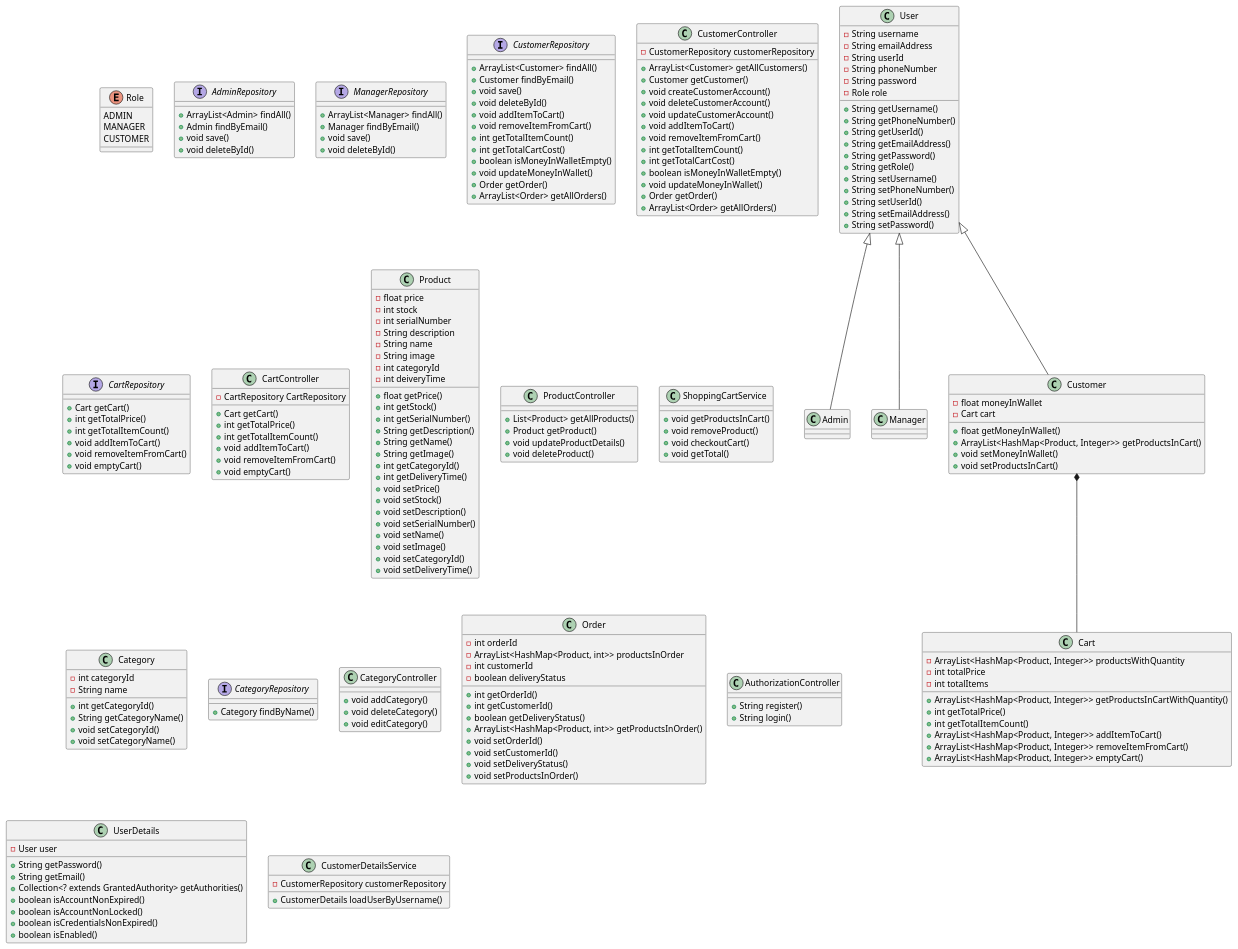
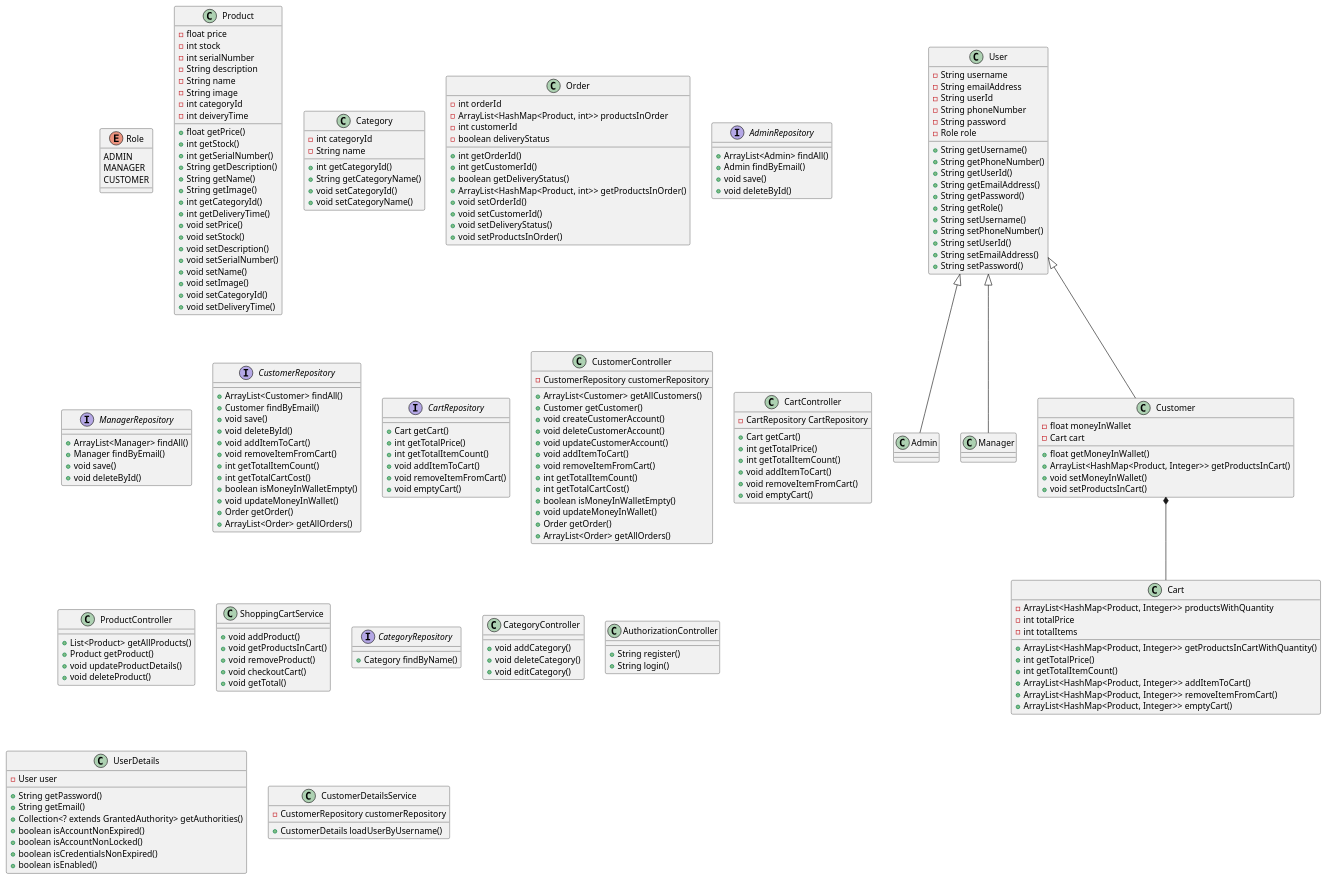
Before and after one commit to pnicto/CSF213-Mini-Project: the diagram in docs/diagrams/src/Backend.wsd, drawn with PlantUML.

Commit message:
Organize merged code

```diff
--- a/docs/diagrams/src/Backend.wsd
+++ b/docs/diagrams/src/Backend.wsd
@@ -12,6 +12,8 @@
 
 ' This is not gonna be a table
 ' Now probably it is a table
+
+' Classes for Users
 class User {
   -String username
   -String emailAddress
@@ -32,22 +34,12 @@
   +String setPassword()
 }
 
-' TODO:Same as manager what do?
 class Admin Extends User{
-  ' +void addManager()
-  ' +void deleteManager()
-}
-' Need to check this
-' For now this is a table too
-' TODO:What do with the methods?
-class Manager Extends User{
-  ' +void addItems()
-  ' +void removeItems()
-  ' +void generateReports()
 }
 
+class Manager Extends User{
+}
 
-' Need to check this
 class Customer Extends User{
   -float moneyInWallet
   -Cart cart
@@ -62,7 +54,6 @@
   -ArrayList<HashMap<Product, Integer>> productsWithQuantity
   -int totalPrice
   -int totalItems
-
   +ArrayList<HashMap<Product, Integer>> getProductsInCartWithQuantity()
   +int getTotalPrice()
   +int getTotalItemCount()
@@ -71,8 +62,64 @@
   +ArrayList<HashMap<Product, Integer>> emptyCart()
 }
 
-Customer *-- Cart
+class Product{
+  -float price
+  -int stock
+  -int serialNumber
+  -String description
+  -String name
+  -String image
+  -int categoryId
+  -int deiveryTime
 
+  +float getPrice()
+  +int getStock()
+  +int getSerialNumber()
+  +String getDescription()
+  +String getName()
+  +String getImage()
+  +int getCategoryId()
+  +int getDeliveryTime()
+  +void setPrice()
+  +void setStock()
+  +void setDescription()
+  +void setSerialNumber()
+  +void setName()
+  +void setImage()
+  +void setCategoryId()
+  +void setDeliveryTime()
+}
+
+' Category
+' This is is gonna be a table too
+class Category{
+  -int categoryId
+  -String name
+  +int getCategoryId()
+  +String getCategoryName()
+  +void setCategoryId()
+  +void setCategoryName()
+}
+
+' TODO:Order class
+' Order
+class Order{
+  -int orderId
+  -ArrayList<HashMap<Product, int>> productsInOrder
+  -int customerId
+  -boolean deliveryStatus
+  ' Make a method to calculate the max for delivery time
+  +int getOrderId()
+  +int getCustomerId()
+  +boolean getDeliveryStatus()
+  +ArrayList<HashMap<Product, int>> getProductsInOrder()
+  +void setOrderId()
+  +void setCustomerId()
+  +void setDeliveryStatus()
+  +void setProductsInOrder()
+}
+
+' Repositories
 ' This extends JPA repository
 interface AdminRepository {
   +ArrayList<Admin> findAll()
@@ -104,6 +151,15 @@
   +ArrayList<Order> getAllOrders()
 }
 
+interface CartRepository {
+  +Cart getCart()
+  +int getTotalPrice()
+  +int getTotalItemCount()
+  +void addItemToCart()
+  +void removeItemFromCart()
+  +void emptyCart()
+}
+
 class CustomerController {
   -CustomerRepository customerRepository
 
@@ -122,15 +178,6 @@
   +ArrayList<Order> getAllOrders()
 }
 
-interface CartRepository {
-  +Cart getCart()
-  +int getTotalPrice()
-  +int getTotalItemCount()
-  +void addItemToCart()
-  +void removeItemFromCart()
-  +void emptyCart()
-}
-
 class CartController {
   -CartRepository CartRepository
 
@@ -142,36 +189,6 @@
   +void emptyCart()
 }
 
-
-
-class Product{
-  -float price
-  -int stock
-  -int serialNumber
-  -String description
-  -String name
-  -String image
-  -int categoryId
-  -int deiveryTime
-
-  +float getPrice()
-  +int getStock()
-  +int getSerialNumber()
-  +String getDescription()
-  +String getName()
-  +String getImage()
-  +int getCategoryId()
-  +int getDeliveryTime()
-  +void setPrice()
-  +void setStock()
-  +void setDescription()
-  +void setSerialNumber()
-  +void setName()
-  +void setImage()
-  +void setCategoryId()
-  +void setDeliveryTime()
-}
-
 class ProductController{
   +List<Product> getAllProducts()
   +Product getProduct()
@@ -179,41 +196,14 @@
   +void deleteProduct()
 }
 
-' class Order{
-'   -Product[] products
-'   -String dateOfPlaced
-'   -String dateOfArrival
-'   +String getDateOfPlaced()
-'   +String getDateOfArrival()
-'   +void getProducts()
-'   +void setProducts()
-'   +void setDateOfPlaced()
-'   +void setDateOfArrival()
-' }
-
-' Customer o-- Product
-' Product o-- Order
-
 ' Shopping cart
 ' TODO:Make a cart class and add products here
 class ShoppingCartService{
-
-  ' +void addProduct()
+  +void addProduct()
   +void getProductsInCart()
   +void removeProduct()
   +void checkoutCart()
   +void getTotal()
-}
-
-' Category
-' This is is gonna be a table too
-class Category{
-  -int categoryId
-  -String name
-  +int getCategoryId()
-  +String getCategoryName()
-  +void setCategoryId()
-  +void setCategoryName()
 }
 
 interface CategoryRepository{
@@ -224,24 +214,6 @@
   +void addCategory()
   +void deleteCategory()
   +void editCategory()
-}
-
-' TODO:Order class
-' Order
-class Order{
-  -int orderId
-  -ArrayList<HashMap<Product, int>> productsInOrder
-  -int customerId
-  -boolean deliveryStatus
-  ' Make a method to calculate the max for delivery time
-  +int getOrderId()
-  +int getCustomerId()
-  +boolean getDeliveryStatus()
-  +ArrayList<HashMap<Product, int>> getProductsInOrder()
-  +void setOrderId()
-  +void setCustomerId()
-  +void setDeliveryStatus()
-  +void setProductsInOrder()
 }
 
 ' TODO:Auth class
@@ -268,4 +240,7 @@
 	+CustomerDetails loadUserByUsername()
 }
 
+' Relations
+Customer *-- Cart
+
 @enduml
```
